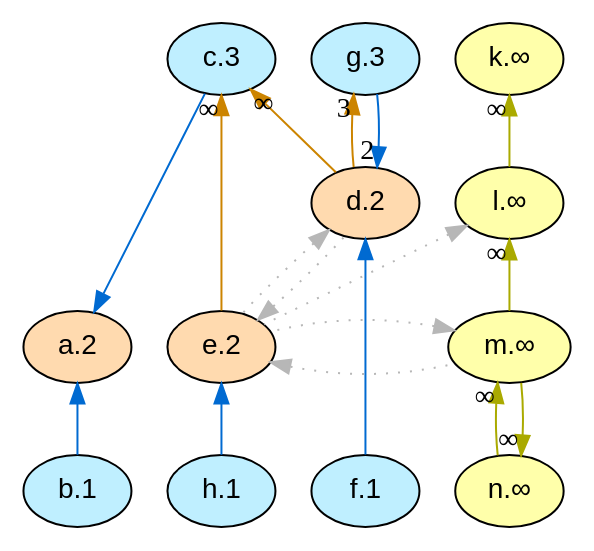
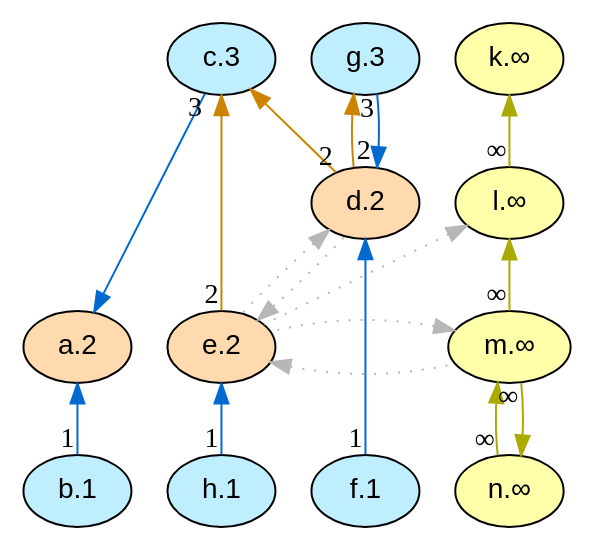
Before and after one commit to idaks/Games-and-Argumentation: the diagram in lib/graphs/arg_graph_colored.dot, drawn with Graphviz. The commit also changed 6 other files, not shown here.

```diff
--- a/lib/graphs/arg_graph_colored.dot
+++ b/lib/graphs/arg_graph_colored.dot
@@ -1,45 +1,44 @@
 digraph G {
   rankdir="TB"
   node [shape=oval style=filled fontname=Helvetica fontsize=14]
   node [fillcolor="#ffdaaf" fontcolor="#000000"] 
        a[label="a.2"] 
        d[label="d.2"] 
        e[label="e.2"]
   node [fillcolor="#bfefff" fontcolor="#000000"] 
        c[label="c.3"] 
        b[label="b.1"] 
        f[label="f.1"] 
        g[label="g.3"] 
        h[label="h.1"]
   node [fillcolor="#FFFFAA" fontcolor="#000000"] 
        k[label="k.∞"] 
        l[label="l.∞"] 
        m[label="m.∞"] 
        n[label="n.∞"]
-  edge [dir=back color="#006ad1" style="solid"]
+  edge [dir=back color="#006ad1" style="solid" headlabel="3"]
         "a" -> "c" 
+        "d" -> "g" 
+  edge [dir=back color="#006ad1" style="solid" headlabel="1"]
         "a" -> "b" 
         "d" -> "f" 
         "e" -> "h" 
-  edge [dir=back color="#AAAA00" style="solid" taillabel="∞"]
+  edge [dir=back color="#AAAA00" style="solid" headlabel="∞"]
         "k" -> "l" 
         "l" -> "m" 
         "m" -> "n" 
         "n" -> "m" 
-  edge [dir=back color="#cc8400" style="solid"]
+  edge [dir=back color="#cc8400" style="solid" headlabel="2"]
         "c" -> "d" 
         "c" -> "e" 
-  edge [dir=back color="#006ad1" style="solid" taillabel="2"]
-        "d" -> "g" 
-  edge [dir=back color="#cc8400" style="solid" taillabel="3"]
         "g" -> "d" 
-  edge [dir=back color="#b7b7b7" style="dotted" constraint=false taillabel=" "]
+  edge [dir=back color="#b7b7b7" style="dotted" constraint=false headlabel=" "]
         "l" -> "e" 
         "d" -> "e" 
         "e" -> "d" 
         "e" -> "m" 
         "m" -> "e" 
 
   {rank = max b f h}
   {rank = min c g}
 }
```
